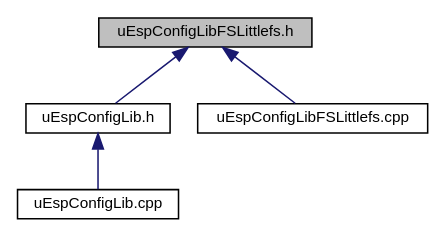
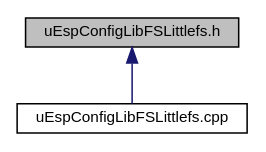
Before and after one commit to Naguissa/uEspConfigLib_doc_and_extras: the diagram in docs/uEspConfigLibFSLittlefs_8h__dep__incl.dot, drawn with Graphviz. The commit also changed 52 other files, not shown here.

```diff
--- a/docs/uEspConfigLibFSLittlefs_8h__dep__incl.dot
+++ b/docs/uEspConfigLibFSLittlefs_8h__dep__incl.dot
@@ -1,13 +1,9 @@
 digraph "uEspConfigLibFSLittlefs.h"
 {
  // LATEX_PDF_SIZE
   edge [fontname="Helvetica",fontsize="10",labelfontname="Helvetica",labelfontsize="10"];
   node [fontname="Helvetica",fontsize="10",shape=record];
   Node1 [label="uEspConfigLibFSLittlefs.h",height=0.2,width=0.4,color="black", fillcolor="grey75", style="filled", fontcolor="black",tooltip=" "];
   Node1 -> Node2 [dir="back",color="midnightblue",fontsize="10",style="solid",fontname="Helvetica"];
-  Node2 [label="uEspConfigLib.h",height=0.2,width=0.4,color="black", fillcolor="white", style="filled",URL="$uEspConfigLib_8h.html",tooltip=" "];
-  Node2 -> Node3 [dir="back",color="midnightblue",fontsize="10",style="solid",fontname="Helvetica"];
-  Node3 [label="uEspConfigLib.cpp",height=0.2,width=0.4,color="black", fillcolor="white", style="filled",URL="$uEspConfigLib_8cpp.html",tooltip=" "];
-  Node1 -> Node4 [dir="back",color="midnightblue",fontsize="10",style="solid",fontname="Helvetica"];
-  Node4 [label="uEspConfigLibFSLittlefs.cpp",height=0.2,width=0.4,color="black", fillcolor="white", style="filled",URL="$uEspConfigLibFSLittlefs_8cpp.html",tooltip=" "];
+  Node2 [label="uEspConfigLibFSLittlefs.cpp",height=0.2,width=0.4,color="black", fillcolor="white", style="filled",URL="$uEspConfigLibFSLittlefs_8cpp.html",tooltip=" "];
 }
```
